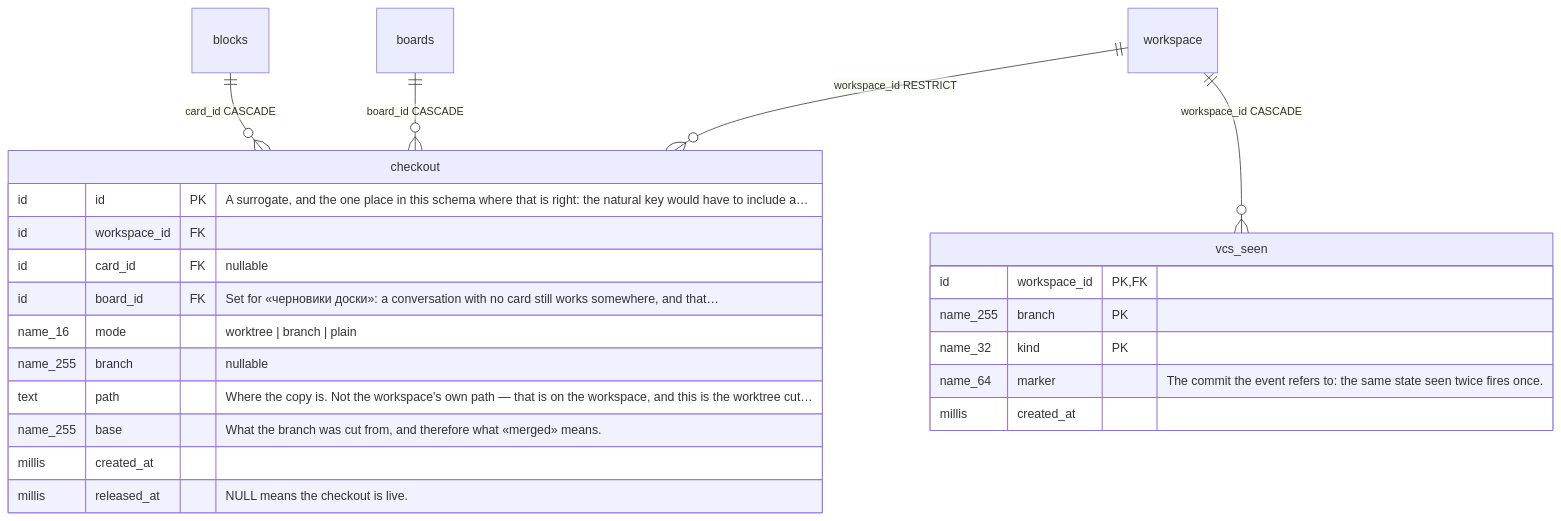
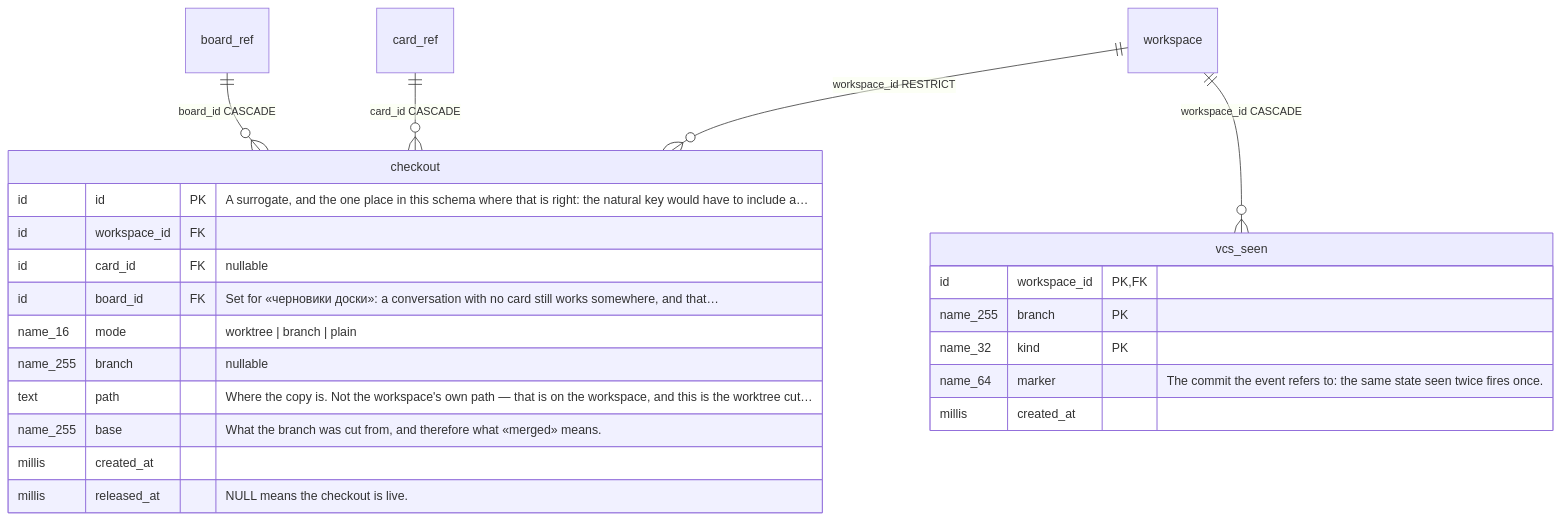
Before and after one commit to artipop/pourquoipas: the seventh of 9 diagrams in docs/schema/erd.md, drawn with Mermaid. The commit also changed other lines of this file and 10 other files, not shown here.

````diff
--- a/docs/schema/erd.md
+++ b/docs/schema/erd.md
@@ -426,27 +456,27 @@
 ```mermaid
 erDiagram
-    blocks ||--o{ checkout : "card_id CASCADE"
-    boards ||--o{ checkout : "board_id CASCADE"
+    board_ref ||--o{ checkout : "board_id CASCADE"
+    card_ref ||--o{ checkout : "card_id CASCADE"
     workspace ||--o{ checkout : "workspace_id RESTRICT"
     workspace ||--o{ vcs_seen : "workspace_id CASCADE"
 
     checkout {
         id id PK "A surrogate, and the one place in this schema where that is right: the natural key would have to include a…"
         id workspace_id FK
         id card_id FK "nullable"
         id board_id FK "Set for «черновики доски»: a conversation with no card still works somewhere, and that…"
         name_16 mode "worktree | branch | plain"
         name_255 branch "nullable"
         text path "Where the copy is. Not the workspace's own path — that is on the workspace, and this is the worktree cut…"
         name_255 base "What the branch was cut from, and therefore what «merged» means."
         millis created_at
         millis released_at "NULL means the checkout is live."
     }
     vcs_seen {
         id workspace_id PK, FK
         name_255 branch PK
         name_32 kind PK
         name_64 marker "The commit the event refers to: the same state seen twice fires once."
         millis created_at
     }
 ```
````
